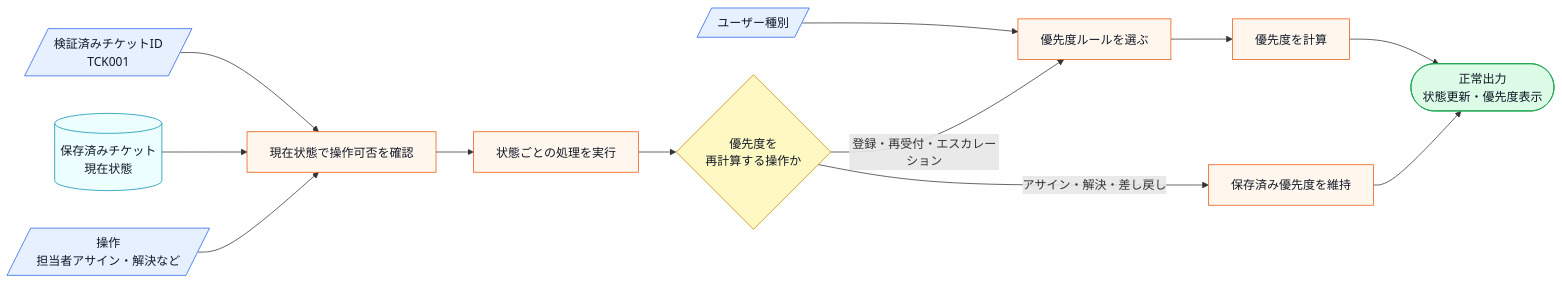
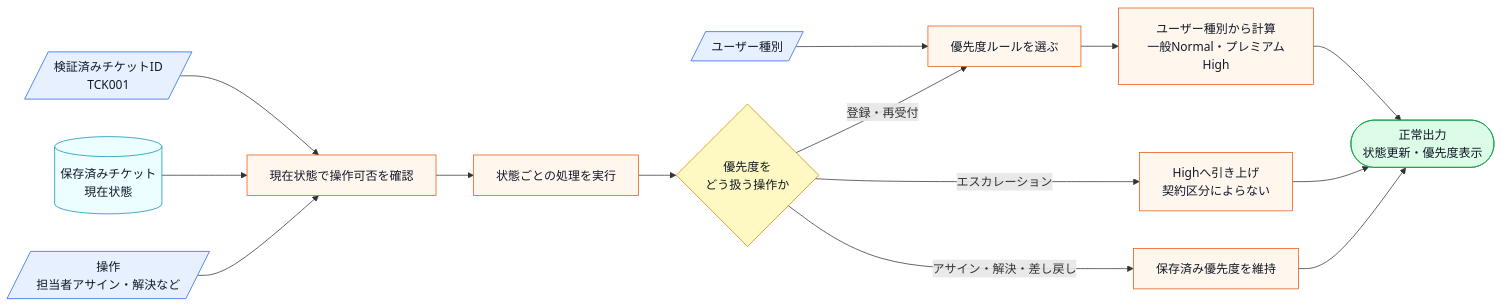
Before and after one commit to kumachan1101-pixel/DesignPattern: the second of 21 diagrams in kindle/design-patterns/output/chapter09_2.md, drawn with Mermaid. The commit also changed other lines of this file and 3 other files, not shown here.

````diff
--- a/kindle/design-patterns/output/chapter09_2.md
+++ b/kindle/design-patterns/output/chapter09_2.md
@@ -131,21 +131,23 @@
 ```mermaid
 flowchart LR
     A[/検証済みチケットID<br>TCK001/]:::input --> D[現在状態で操作可否を確認]:::process
     C[(保存済みチケット<br>現在状態)]:::data --> D
     E[/ユーザー種別/]:::input --> F[優先度ルールを選ぶ]:::process
     G[/操作<br>担当者アサイン・解決など/]:::input --> D
     D --> H[状態ごとの処理を実行]:::process
-    H --> K{優先度を<br>再計算する操作か}:::decision
-    K -->|登録・再受付・エスカレーション| F
-    F --> I[優先度を計算]:::process
+    H --> K{優先度を<br>どう扱う操作か}:::decision
+    K -->|登録・再受付| F
+    F --> I[ユーザー種別から計算<br>一般Normal・プレミアムHigh]:::process
+    K -->|エスカレーション| M[Highへ引き上げ<br>契約区分によらない]:::process
     K -->|アサイン・解決・差し戻し| L[保存済み優先度を維持]:::process
     I --> J
+    M --> J
     L --> J
     J([正常出力<br>状態更新・優先度表示]):::normal
 
     classDef data fill:#ecfeff,stroke:#0891b2,color:#111827;
     classDef input fill:#e7f0ff,stroke:#2563eb,color:#111827;
     classDef process fill:#fff7ed,stroke:#ea580c,color:#111827;
     classDef decision fill:#fef9c3,stroke:#ca8a04,color:#111827;
     classDef normal fill:#dcfce7,stroke:#16a34a,color:#111827;
 ```
````
